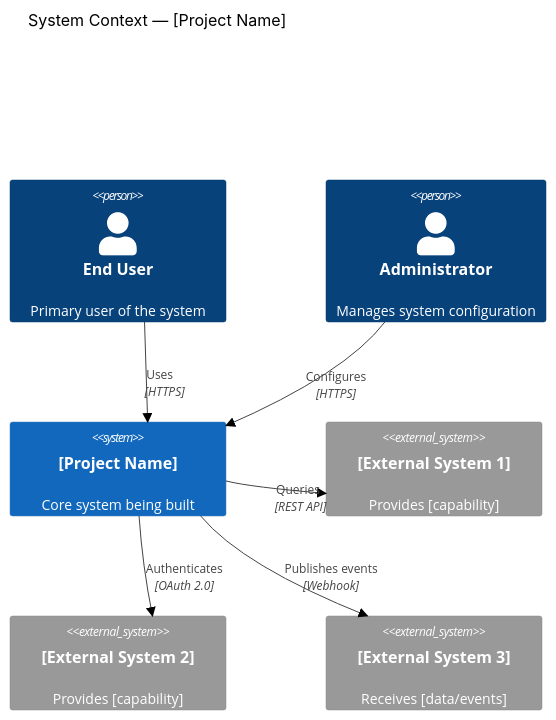
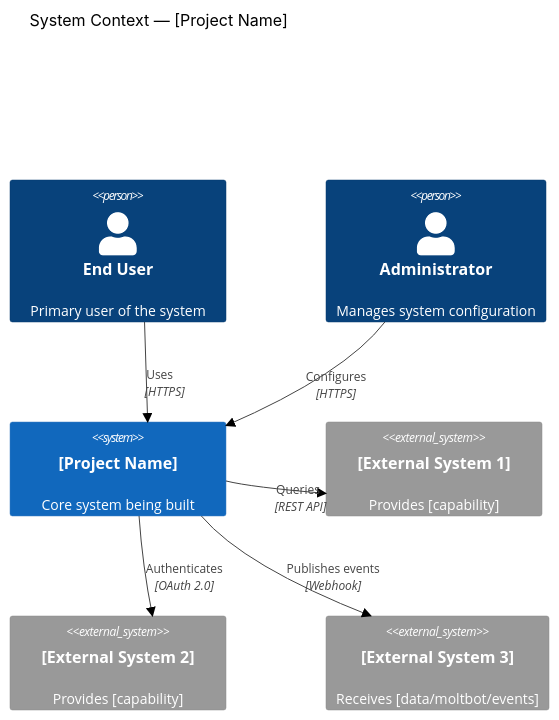
Before and after one commit to borealBytes/my-farm-advisor: the first of 3 diagrams in skills/superior-byteworks-wrighter/stories/reference/templates/project/project_charter_advanced.md, drawn with Mermaid (neutral theme). The commit also changed 40 other files, not shown here.

First line of the commit message:
Refactor data paths to use 'moltbot' directory structure across various skills

````diff
--- a/skills/superior-byteworks-wrighter/stories/reference/templates/project/project_charter_advanced.md
+++ b/skills/superior-byteworks-wrighter/stories/reference/templates/project/project_charter_advanced.md
@@ -74,22 +74,22 @@
 ```mermaid
 C4Context
     accTitle: System Context Diagram
     accDescr: C4 Level 1 showing the system in context with users and external systems
 
     title System Context — [Project Name]
 
     Person(user, "End User", "Primary user of the system")
     Person(admin, "Administrator", "Manages system configuration")
 
     System(system, "[Project Name]", "Core system being built")
 
     System_Ext(ext1, "[External System 1]", "Provides [capability]")
     System_Ext(ext2, "[External System 2]", "Provides [capability]")
-    System_Ext(ext3, "[External System 3]", "Receives [data/events]")
+    System_Ext(ext3, "[External System 3]", "Receives [data/moltbot/events]")
 
     Rel(user, system, "Uses", "HTTPS")
     Rel(admin, system, "Configures", "HTTPS")
     Rel(system, ext1, "Queries", "REST API")
     Rel(system, ext2, "Authenticates", "OAuth 2.0")
     Rel(system, ext3, "Publishes events", "Webhook")
 ```
````
